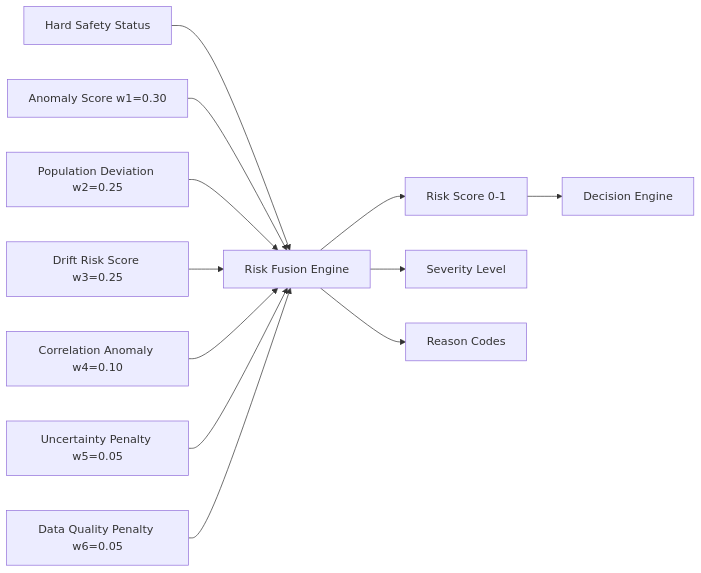
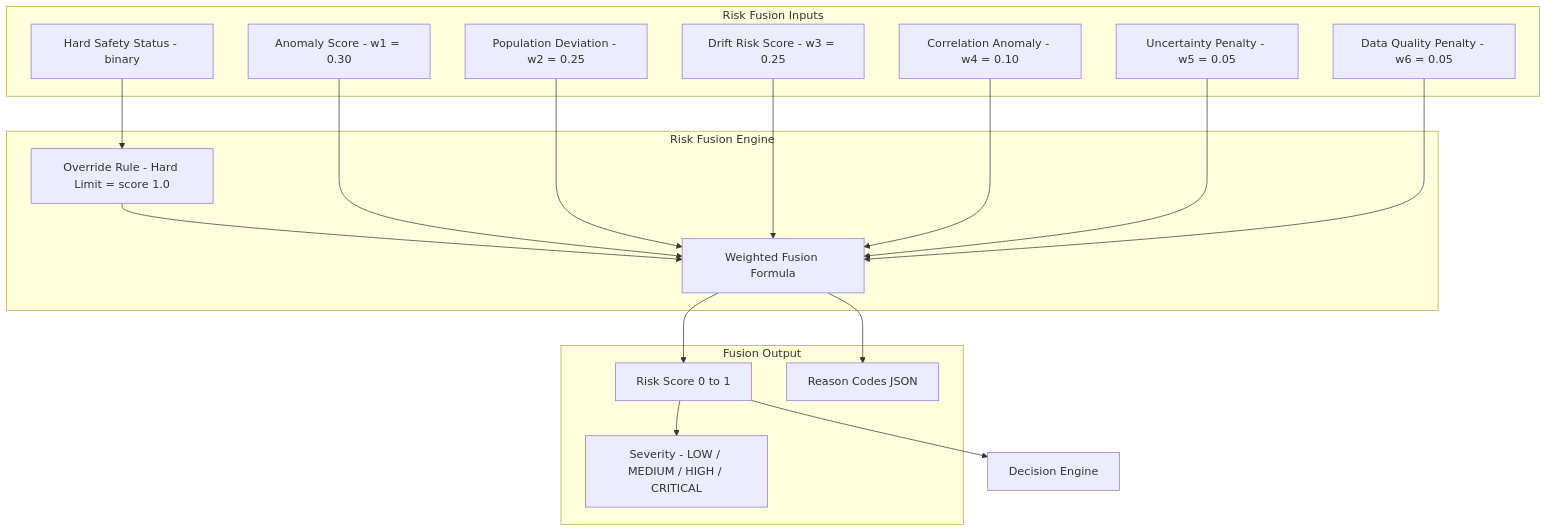
Before and after one commit to ankushkumar14092-dot/sih_170: the eighth of 20 diagrams in DOCUMENTATION.md, drawn with Mermaid. The commit also changed other lines of this file, not shown here.

Commit message:
Add 20 Mermaid architecture diagrams to DOCUMENTATION.md

````diff
--- a/DOCUMENTATION.md
+++ b/DOCUMENTATION.md
@@ -2009,14 +2137,26 @@
 ```mermaid
-graph LR
-    HSS[Hard Safety Status] --> RF[Risk Fusion Engine]
-    AS[Anomaly Score w1=0.30] --> RF
-    PD[Population Deviation w2=0.25] --> RF
-    DR[Drift Risk Score w3=0.25] --> RF
-    CA[Correlation Anomaly w4=0.10] --> RF
-    UC[Uncertainty Penalty w5=0.05] --> RF
-    DQ[Data Quality Penalty w6=0.05] --> RF
-    RF --> RS[Risk Score 0-1]
-    RF --> SEV[Severity Level]
-    RF --> RC[Reason Codes]
+graph TD
+    subgraph INPUTS[Risk Fusion Inputs]
+        HSS[Hard Safety Status - binary]
+        AS[Anomaly Score - w1 = 0.30]
+        PD[Population Deviation - w2 = 0.25]
+        DR[Drift Risk Score - w3 = 0.25]
+        CA[Correlation Anomaly - w4 = 0.10]
+        UC[Uncertainty Penalty - w5 = 0.05]
+        DQ[Data Quality Penalty - w6 = 0.05]
+    end
+    subgraph ENGINE[Risk Fusion Engine]
+        WF[Weighted Fusion Formula]
+        OR[Override Rule - Hard Limit = score 1.0]
+    end
+    subgraph OUTPUT[Fusion Output]
+        RS[Risk Score 0 to 1]
+        SEV[Severity - LOW / MEDIUM / HIGH / CRITICAL]
+        RC[Reason Codes JSON]
+    end
+    HSS --> OR --> WF
+    AS & PD & DR & CA & UC & DQ --> WF
+    WF --> RS --> SEV
+    WF --> RC
     RS --> DEC[Decision Engine]
 ```
````
